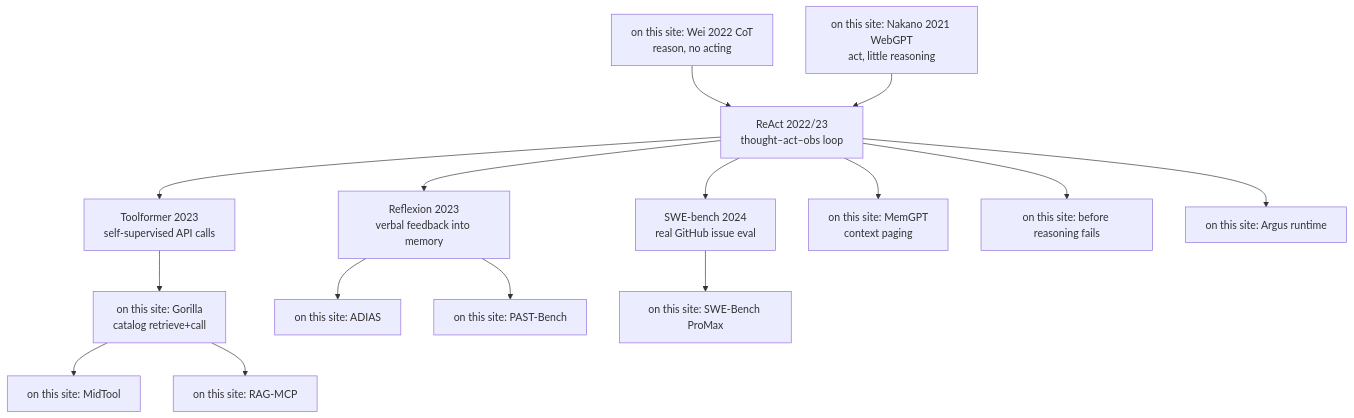
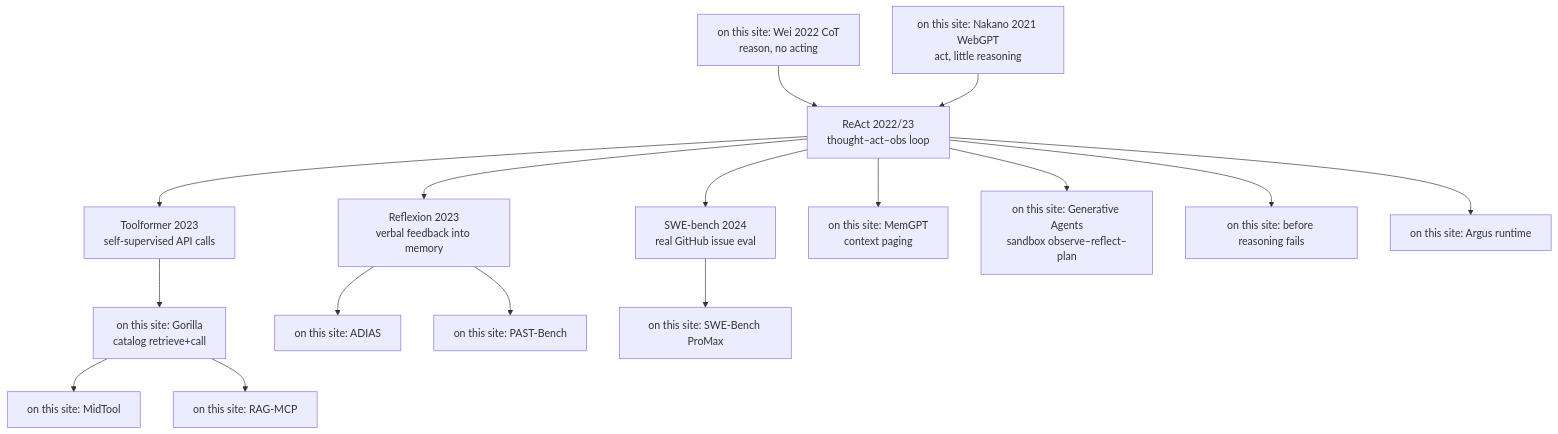
The diagram in src/content/blog/en/91-agent-method-foundation-reading-map.md (poirotw66/poirotw66.github.io), drawn with Mermaid before and after one commit. The commit also changed other lines of this file and 16 other files, not shown here.

First line of the commit message:
Add Generative Agents paper reading note 36 (ZH/EN)

````diff
--- a/src/content/blog/en/91-agent-method-foundation-reading-map.md
+++ b/src/content/blog/en/91-agent-method-foundation-reading-map.md
@@ -45,19 +45,20 @@
 ```mermaid
 flowchart TB
   CoT["on this site: Wei 2022 CoT<br/>reason, no acting"]
   WebGPT["on this site: Nakano 2021 WebGPT<br/>act, little reasoning"]
   CoT --> ReAct["ReAct 2022/23<br/>thought–act–obs loop"]
   WebGPT --> ReAct
   ReAct --> Toolformer["Toolformer 2023<br/>self-supervised API calls"]
   ReAct --> Reflexion["Reflexion 2023<br/>verbal feedback into memory"]
   ReAct --> SWEb["SWE-bench 2024<br/>real GitHub issue eval"]
   ReAct --> MemGPT["on this site: MemGPT<br/>context paging"]
+  ReAct --> GenAgents["on this site: Generative Agents<br/>sandbox observe–reflect–plan"]
   Toolformer --> Gorilla["on this site: Gorilla<br/>catalog retrieve+call"]
   Gorilla --> MidTool["on this site: MidTool"]
   Gorilla --> RAGMCP["on this site: RAG-MCP"]
   Reflexion --> ADIAS["on this site: ADIAS"]
   Reflexion --> PAST["on this site: PAST-Bench"]
   SWEb --> ProMax["on this site: SWE-Bench ProMax"]
   ReAct --> ReadGate["on this site: before reasoning fails"]
   ReAct --> Argus["on this site: Argus runtime"]
 ```
````
